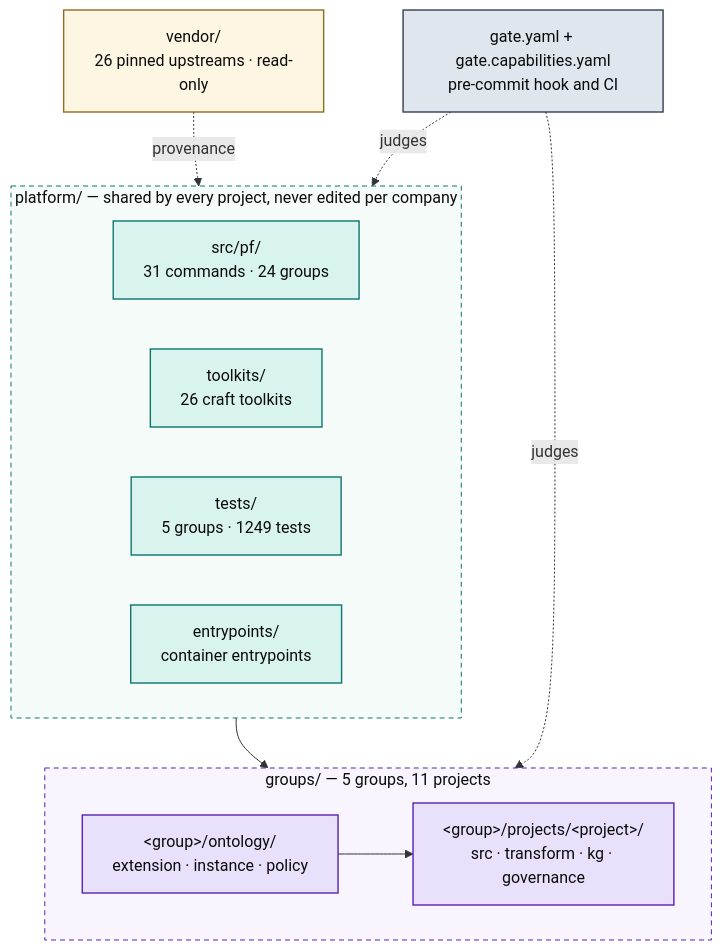
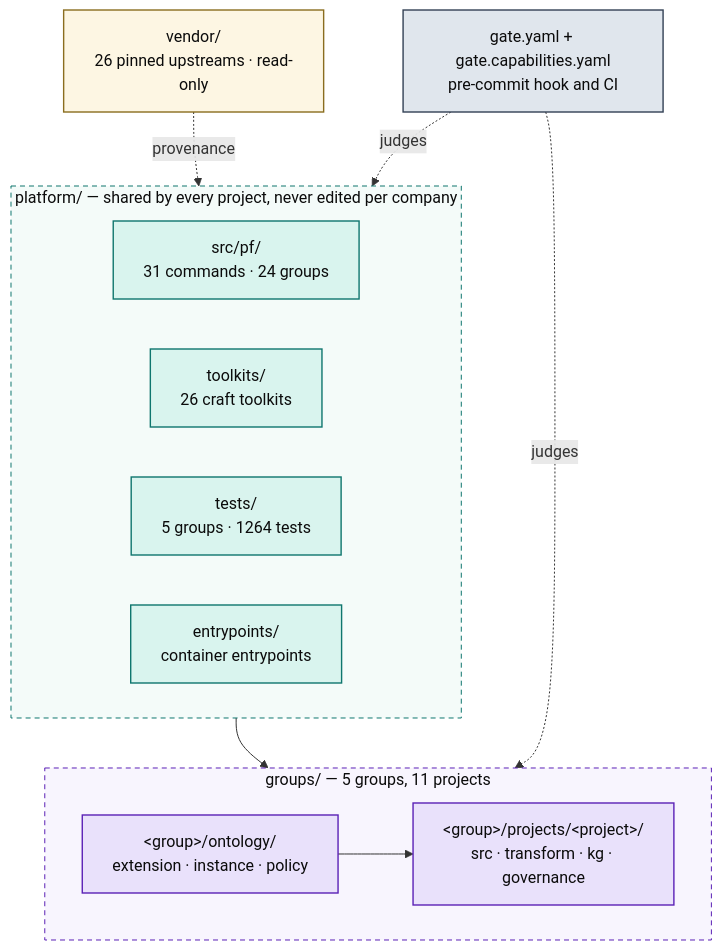
Before and after one commit to Atomz-org/data-platform: the first of 5 diagrams in docs/ARCHITECTURE.md, drawn with Mermaid. The commit also changed other lines of this file and 3 other files, not shown here.

````diff
--- a/docs/ARCHITECTURE.md
+++ b/docs/ARCHITECTURE.md
@@ -15,36 +15,36 @@
 ```mermaid
 flowchart TB
   subgraph SHARED["platform/ — shared by every project, never edited per company"]
     direction LR
     ENG["src/pf/<br/>31 commands · 24 groups"]
     TK["toolkits/<br/>26 craft toolkits"]
-    TST["tests/<br/>5 groups · 1249 tests"]
+    TST["tests/<br/>5 groups · 1264 tests"]
     ENT["entrypoints/<br/>container entrypoints"]
   end
 
   subgraph ENTITIES["groups/ — 5 groups, 11 projects"]
     direction LR
     GRP["&lt;group&gt;/ontology/<br/>extension · instance · policy"]
     PRJ["&lt;group&gt;/projects/&lt;project&gt;/<br/>src · transform · kg · governance"]
     GRP --> PRJ
   end
 
   VEN["vendor/<br/>26 pinned upstreams · read-only"]
   GATE["gate.yaml + gate.capabilities.yaml<br/>pre-commit hook and CI"]
 
   SHARED --> ENTITIES
   VEN -.provenance.-> SHARED
   GATE -.judges.-> ENTITIES
   GATE -.judges.-> SHARED
 
   classDef code fill:#d9f4ee,stroke:#0f766e,stroke-width:1.4px,color:#0b0b0b
   classDef data fill:#e9e1fb,stroke:#5b21b6,stroke-width:1.4px,color:#0b0b0b
   classDef gov fill:#e0e6ed,stroke:#334155,stroke-width:1.4px,color:#0b0b0b
   classDef ext fill:#fdf6e3,stroke:#8a6d1f,stroke-width:1.4px,color:#0b0b0b
   class ENG,TK,TST,ENT code
   class GRP,PRJ data
   class GATE gov
   class VEN ext
   style SHARED fill:#f4fbf9,stroke:#0f766e,stroke-dasharray:5 4,color:#0b0b0b
   style ENTITIES fill:#f8f5fe,stroke:#5b21b6,stroke-dasharray:5 4,color:#0b0b0b
 ```
````
